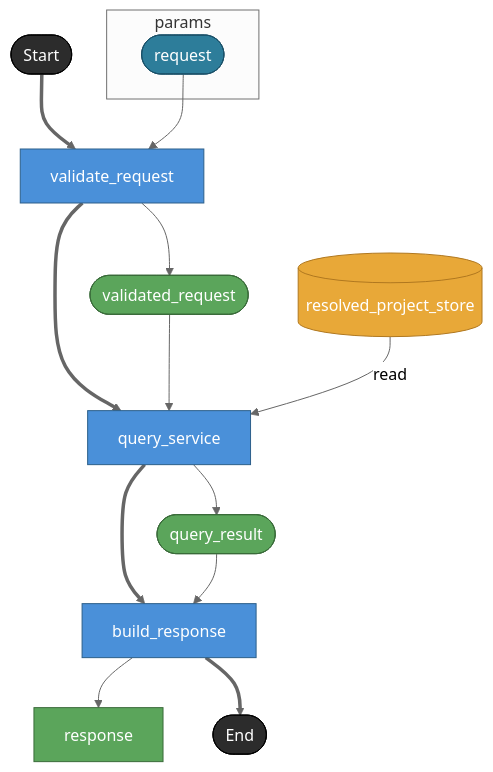
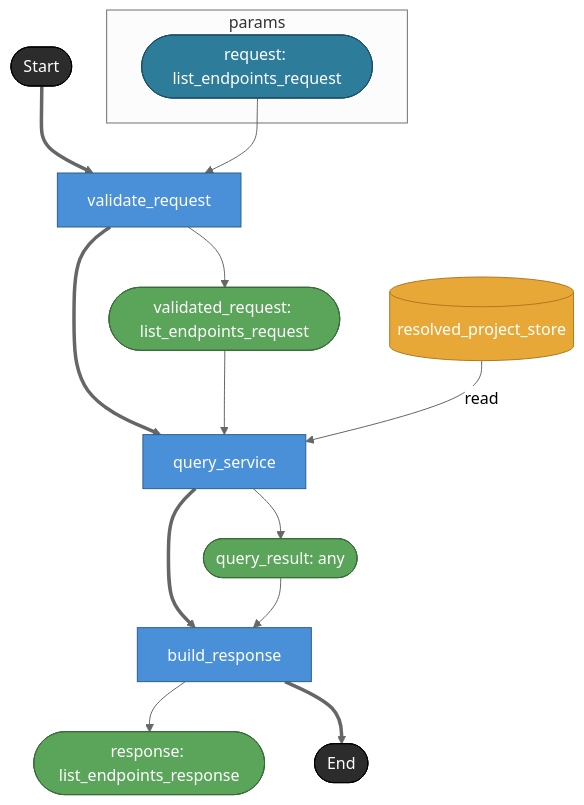
Before and after one commit to hiroshiasayadev-prog/brewprint: the diagram in docs/uc/002-brewprint-self-hosting/renders/mcp/dag-list_endpoints.md, drawn with Mermaid (neutral theme). The commit also changed 47 other files, not shown here.

````diff
--- a/docs/uc/002-brewprint-self-hosting/renders/mcp/dag-list_endpoints.md
+++ b/docs/uc/002-brewprint-self-hosting/renders/mcp/dag-list_endpoints.md
@@ -8,31 +8,31 @@
 ```mermaid
 flowchart TD
   subgraph params
-    request([request])
+    request([request: list_endpoints_request])
   end
 
   _start([Start]) ==> validate_request[validate_request]
   request --> validate_request
-  validate_request --> validated_request([validated_request])
+  validate_request --> validated_request([validated_request: list_endpoints_request])
 
   validate_request ==> query_service[query_service]
   validated_request --> query_service
   resolved_project_store[(resolved_project_store)] -- "read" --> query_service
-  query_service --> query_result([query_result])
+  query_service --> query_result([query_result: any])
 
   query_service ==> build_response[build_response]
   query_result --> build_response
-  build_response --> response
+  build_response --> response([response: list_endpoints_response])
   build_response ==> _end([End])
 
   classDef taskNode     fill:#4A90D9,stroke:#2C5F8A,color:#fff
   classDef assetNode    fill:#5BA55B,stroke:#3A6B3A,color:#fff
   classDef storeNode    fill:#E8A838,stroke:#B07820,color:#fff
   classDef terminalNode fill:#2C2C2C,stroke:#000,color:#fff
   classDef boundaryNode fill:#2D7D9A,stroke:#1A5068,color:#fff
   class validate_request,query_service,build_response taskNode
   class validated_request,query_result,response assetNode
   class resolved_project_store storeNode
   class _start,_end terminalNode
   class request boundaryNode
 ```
````
